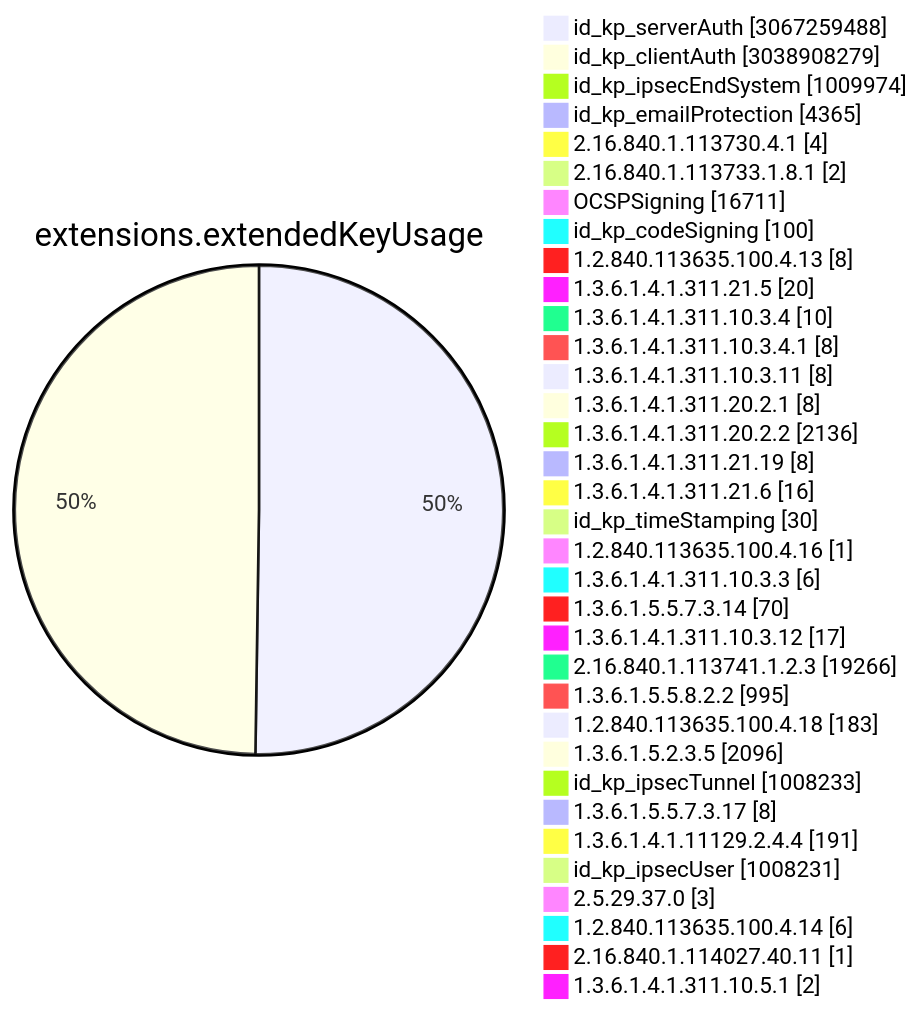
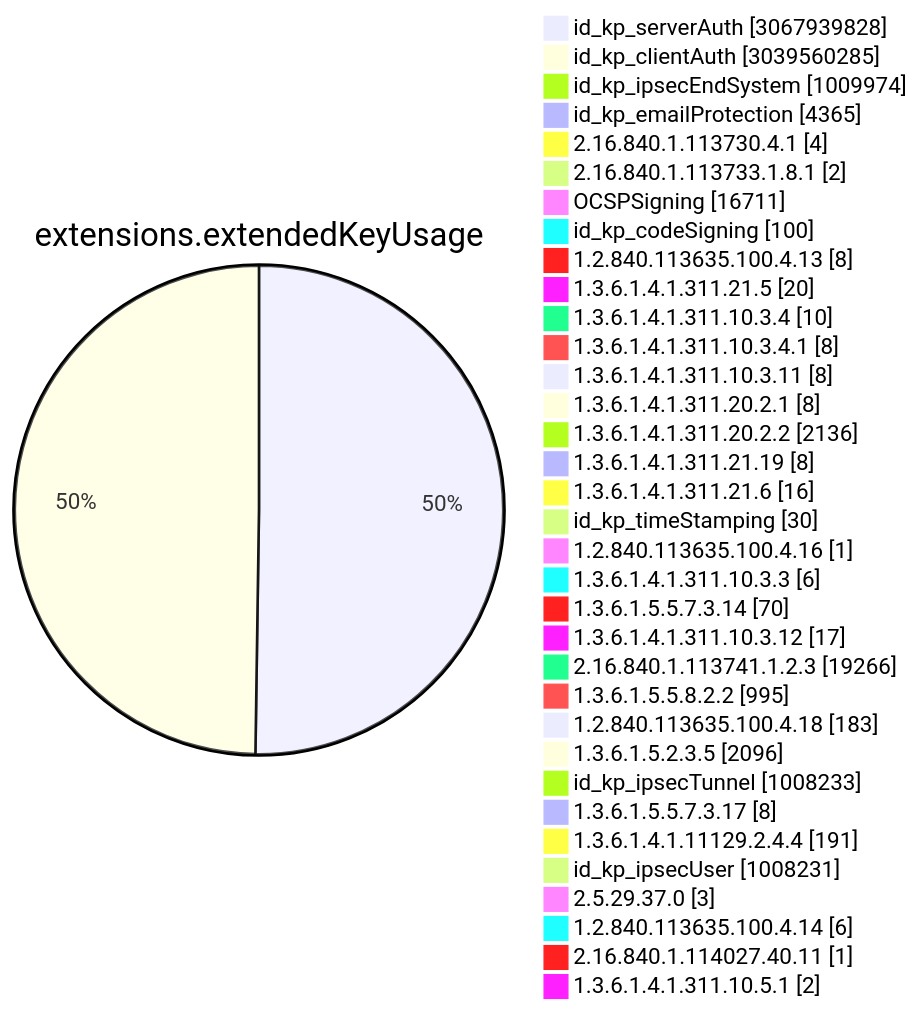
Before and after one commit to christiankrug/ctmonitor_visualization: diagram 11 of 15 in TOTAL/README.md, drawn with Mermaid. The commit also changed other lines of this file, not shown here.

````diff
--- a/TOTAL/README.md
+++ b/TOTAL/README.md
@@ -4117,38 +4117,38 @@
 ```mermaid
 pie showData
 title extensions.extendedKeyUsage
-"id_kp_serverAuth" :3067259488
-"id_kp_clientAuth" :3038908279
+"id_kp_serverAuth" :3067939828
+"id_kp_clientAuth" :3039560285
 "id_kp_ipsecEndSystem" :1009974
 "id_kp_emailProtection" :4365
 "2.16.840.1.113730.4.1" :4
 "2.16.840.1.113733.1.8.1" :2
 "OCSPSigning" :16711
 "id_kp_codeSigning" :100
 "1.2.840.113635.100.4.13" :8
 "1.3.6.1.4.1.311.21.5" :20
 "1.3.6.1.4.1.311.10.3.4" :10
 "1.3.6.1.4.1.311.10.3.4.1" :8
 "1.3.6.1.4.1.311.10.3.11" :8
 "1.3.6.1.4.1.311.20.2.1" :8
 "1.3.6.1.4.1.311.20.2.2" :2136
 "1.3.6.1.4.1.311.21.19" :8
 "1.3.6.1.4.1.311.21.6" :16
 "id_kp_timeStamping" :30
 "1.2.840.113635.100.4.16" :1
 "1.3.6.1.4.1.311.10.3.3" :6
 "1.3.6.1.5.5.7.3.14" :70
 "1.3.6.1.4.1.311.10.3.12" :17
 "2.16.840.1.113741.1.2.3" :19266
 "1.3.6.1.5.5.8.2.2" :995
 "1.2.840.113635.100.4.18" :183
 "1.3.6.1.5.2.3.5" :2096
 "id_kp_ipsecTunnel" :1008233
 "1.3.6.1.5.5.7.3.17" :8
 "1.3.6.1.4.1.11129.2.4.4" :191
 "id_kp_ipsecUser" :1008231
 "2.5.29.37.0" :3
 "1.2.840.113635.100.4.14" :6
 "2.16.840.1.114027.40.11" :1
 "1.3.6.1.4.1.311.10.5.1" :2
 ```
````
